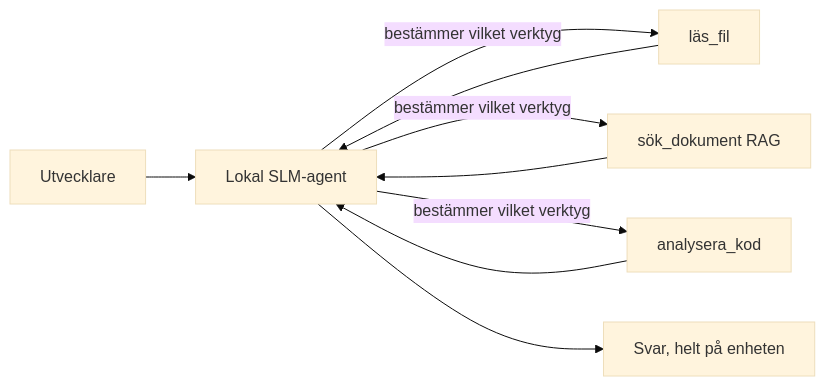
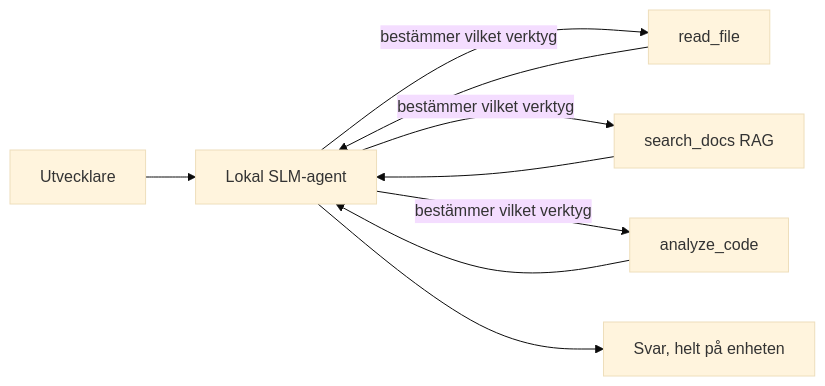
The first of 4 diagrams in mirrors/repos/microsoft@ai-agents-for-beginners/translations/sv/17-creating-local-ai-agents/README.md (gabrielmoreira/agent-skills-mirror), drawn with Mermaid (base theme) before and after one commit. The commit also changed other lines of this file and 4262 other files, not shown here.

````diff
--- a/mirrors/repos/microsoft@ai-agents-for-beginners/translations/sv/17-creating-local-ai-agents/README.md
+++ b/mirrors/repos/microsoft@ai-agents-for-beginners/translations/sv/17-creating-local-ai-agents/README.md
@@ -66,11 +66,11 @@
 ```mermaid
 flowchart LR
     U[Utvecklare] --> A[Lokal SLM-agent]
-    A -->|bestämmer vilket verktyg| T1[läs_fil]
-    A -->|bestämmer vilket verktyg| T2[sök_dokument RAG]
-    A -->|bestämmer vilket verktyg| T3[analysera_kod]
+    A -->|bestämmer vilket verktyg| T1[read_file]
+    A -->|bestämmer vilket verktyg| T2[search_docs RAG]
+    A -->|bestämmer vilket verktyg| T3[analyze_code]
     T1 --> A
     T2 --> A
     T3 --> A
     A --> R[Svar, helt på enheten]
 ```
````
